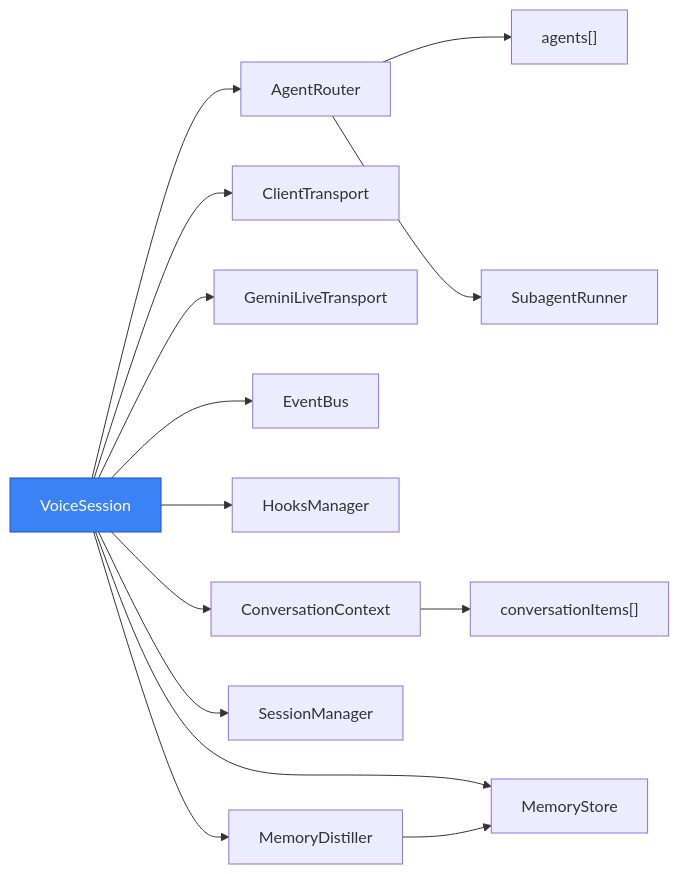
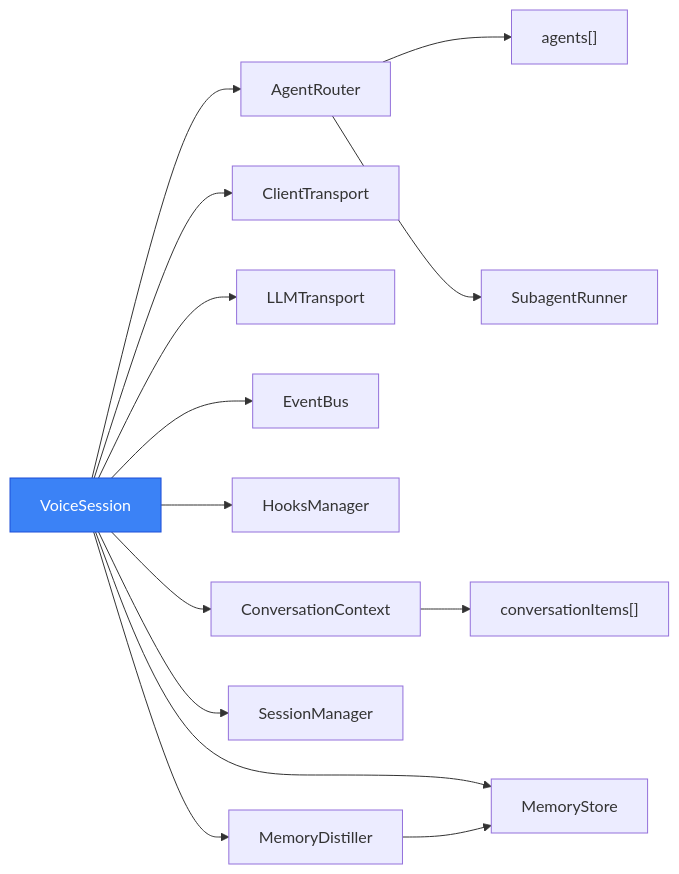
The second of 11 diagrams in docs/guide/architecture.md (randombet/bodhi_realtime_agent), drawn with Mermaid before and after one commit. The commit also changed other lines of this file and 15 other files, not shown here.

````diff
--- a/docs/guide/architecture.md
+++ b/docs/guide/architecture.md
@@ -57,19 +57,19 @@
 ```mermaid
 graph LR
     VS[VoiceSession] --> AR[AgentRouter]
     VS --> CT[ClientTransport]
-    VS --> GT[GeminiLiveTransport]
+    VS --> GT[LLMTransport]
     VS --> EB[EventBus]
     VS --> HM[HooksManager]
     VS --> CC[ConversationContext]
     VS --> SM[SessionManager]
     VS --> MD[MemoryDistiller]
     VS --> MS[MemoryStore]
 
     AR --> A["agents[]"]
     AR --> SR[SubagentRunner]
     CC --> CI["conversationItems[]"]
     MD --> MS
 
     style VS fill:#3b82f6,color:#fff,stroke:#1d4ed8
 ```
````
